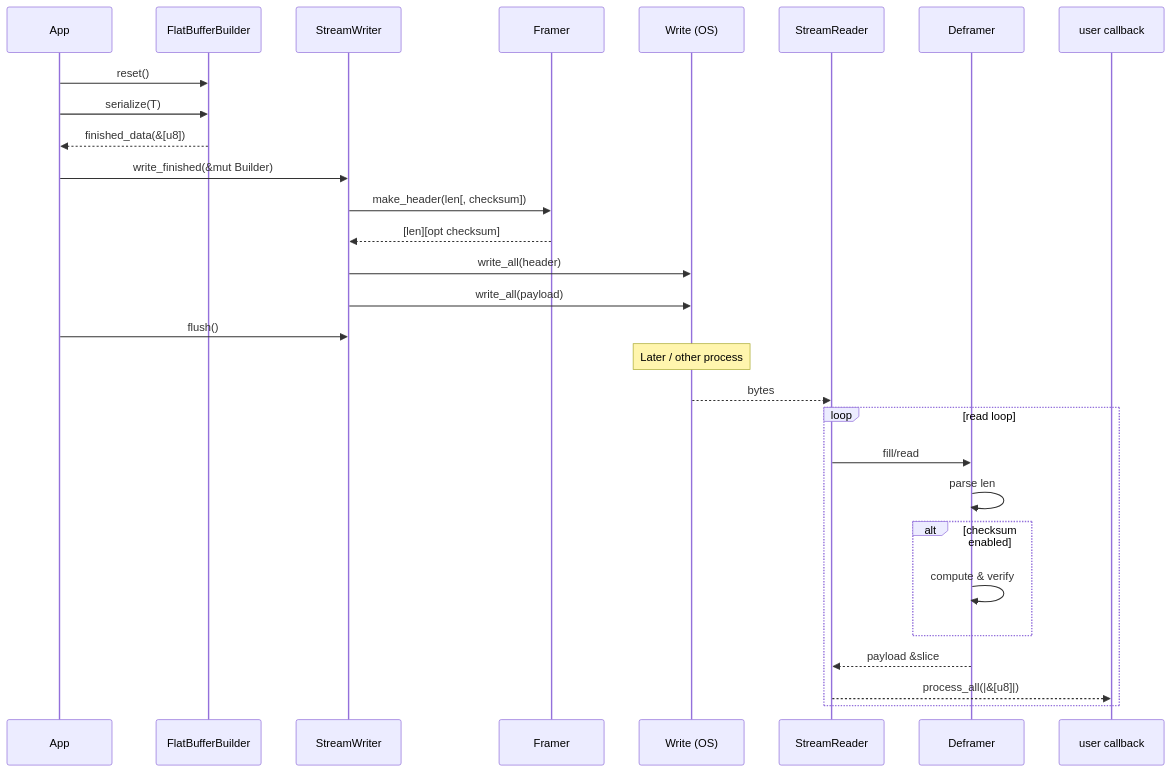
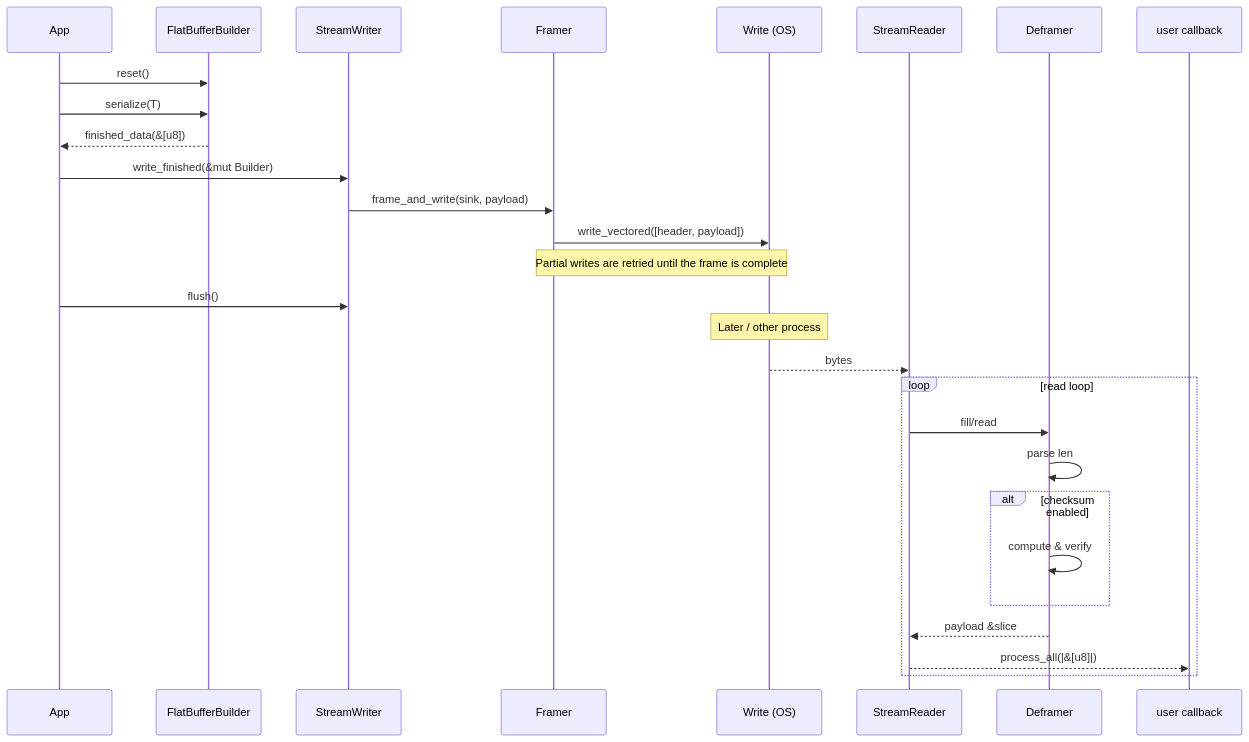
Before and after one commit to dallasmarlow/flatstream-rs: the second of 2 diagrams in README.md, drawn with Mermaid. The commit also changed other lines of this file and 81 other files, not shown here.

````diff
--- a/README.md
+++ b/README.md
@@ -80,31 +80,30 @@
 ```mermaid
 sequenceDiagram
   participant App
   participant Builder as FlatBufferBuilder
   participant Writer as StreamWriter
   participant Framer
   participant OS as Write (OS)
   App->>Builder: reset()
   App->>Builder: serialize(T)
   Builder-->>App: finished_data(&[u8])
   App->>Writer: write_finished(&mut Builder)
-  Writer->>Framer: make_header(len[, checksum])
-  Framer-->>Writer: [len][opt checksum]
-  Writer->>OS: write_all(header)
-  Writer->>OS: write_all(payload)
+  Writer->>Framer: frame_and_write(sink, payload)
+  Framer->>OS: write_vectored([header, payload])
+  Note over Framer,OS: Partial writes are retried until the frame is complete
   App->>Writer: flush()
   Note over OS: Later / other process
   participant Reader as StreamReader
   participant Deframer
   participant User as user callback
   OS-->>Reader: bytes
   loop read loop
     Reader->>Deframer: fill/read
     Deframer->>Deframer: parse len
     alt checksum enabled
       Deframer->>Deframer: compute & verify
     end
     Deframer-->>Reader: payload &slice
     Reader-->>User: process_all(|&[u8]|)
   end
 ```
````
